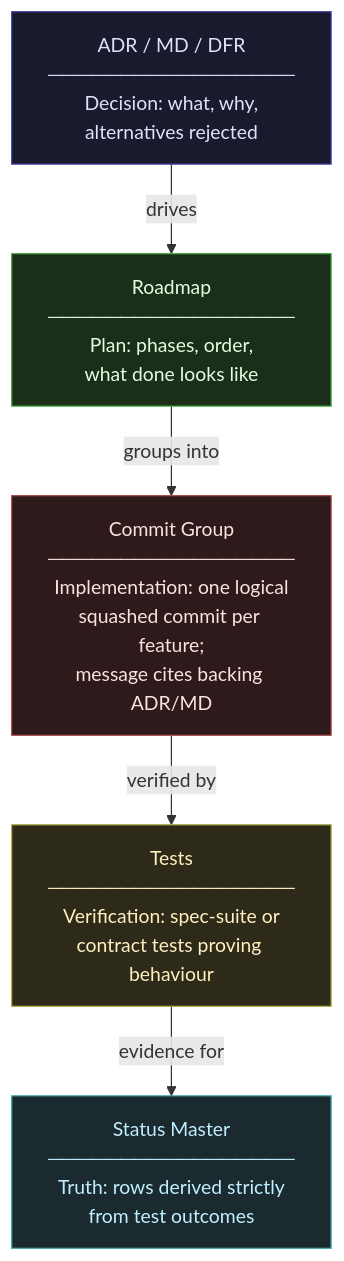
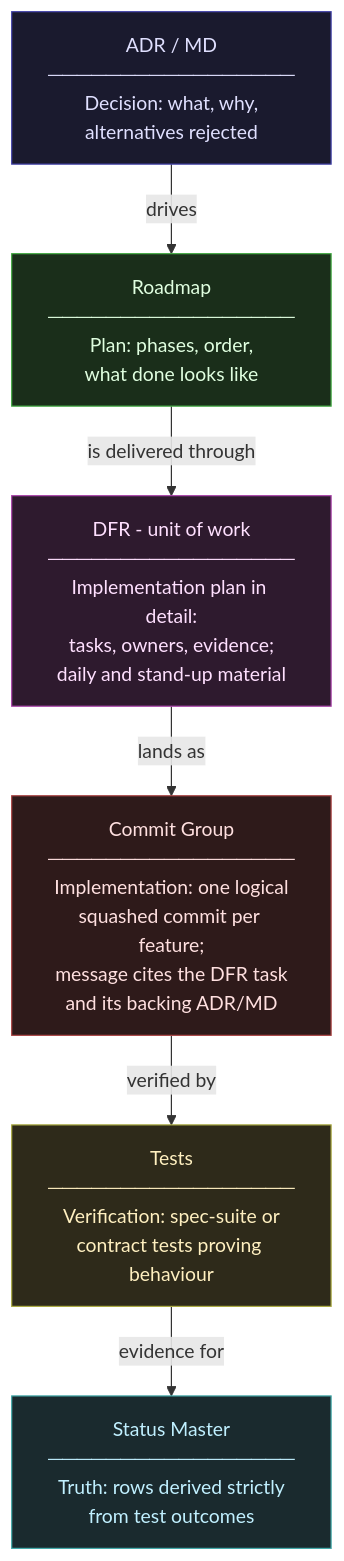
The diagram in Policies/WORK-DONE-POLICY.md (MukeshAdhvaryu/SDLC-Governance), drawn with Mermaid before and after one commit. The commit also changed other lines of this file and 5 other files, not shown here.

First line of the commit message:
docs(policy): the DFR is the unit of work; a drift is a defect or a non-implementation; document ladder and DFR approval

````diff
--- a/Policies/WORK-DONE-POLICY.md
+++ b/Policies/WORK-DONE-POLICY.md
@@ -16,19 +16,22 @@
 ```mermaid
 flowchart TD
-    A["ADR / MD / DFR\n─────────────────\nDecision: what, why,\nalternatives rejected"]
+    A["ADR / MD\n─────────────────\nDecision: what, why,\nalternatives rejected"]
     B["Roadmap\n─────────────────\nPlan: phases, order,\nwhat done looks like"]
-    C["Commit Group\n─────────────────\nImplementation: one logical\nsquashed commit per feature;\nmessage cites backing ADR/MD"]
-    D["Tests\n─────────────────\nVerification: spec-suite or\ncontract tests proving behaviour"]
-    E["Status Master\n─────────────────\nTruth: rows derived strictly\nfrom test outcomes"]
+    C["DFR - unit of work\n─────────────────\nImplementation plan in detail:\ntasks, owners, evidence;\ndaily and stand-up material"]
+    D["Commit Group\n─────────────────\nImplementation: one logical\nsquashed commit per feature;\nmessage cites the DFR task\nand its backing ADR/MD"]
+    E["Tests\n─────────────────\nVerification: spec-suite or\ncontract tests proving behaviour"]
+    F["Status Master\n─────────────────\nTruth: rows derived strictly\nfrom test outcomes"]
 
     A -->|"drives"| B
-    B -->|"groups into"| C
-    C -->|"verified by"| D
-    D -->|"evidence for"| E
+    B -->|"is delivered through"| C
+    C -->|"lands as"| D
+    D -->|"verified by"| E
+    E -->|"evidence for"| F
 
     style A fill:#1a1a2e,color:#e0e0ff,stroke:#4444aa
     style B fill:#1a2e1a,color:#e0ffe0,stroke:#44aa44
-    style C fill:#2e1a1a,color:#ffe0e0,stroke:#aa4444
-    style D fill:#2e2a1a,color:#fff0c0,stroke:#aaaa44
-    style E fill:#1a2a2e,color:#c0f0ff,stroke:#44aaaa
+    style C fill:#2e1a2e,color:#ffe0ff,stroke:#aa44aa
+    style D fill:#2e1a1a,color:#ffe0e0,stroke:#aa4444
+    style E fill:#2e2a1a,color:#fff0c0,stroke:#aaaa44
+    style F fill:#1a2a2e,color:#c0f0ff,stroke:#44aaaa
 ```
````
